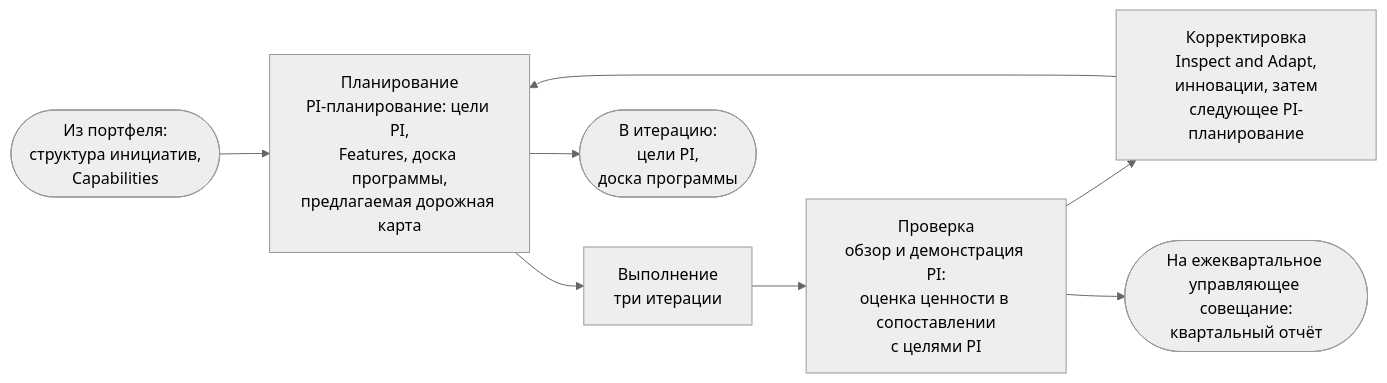
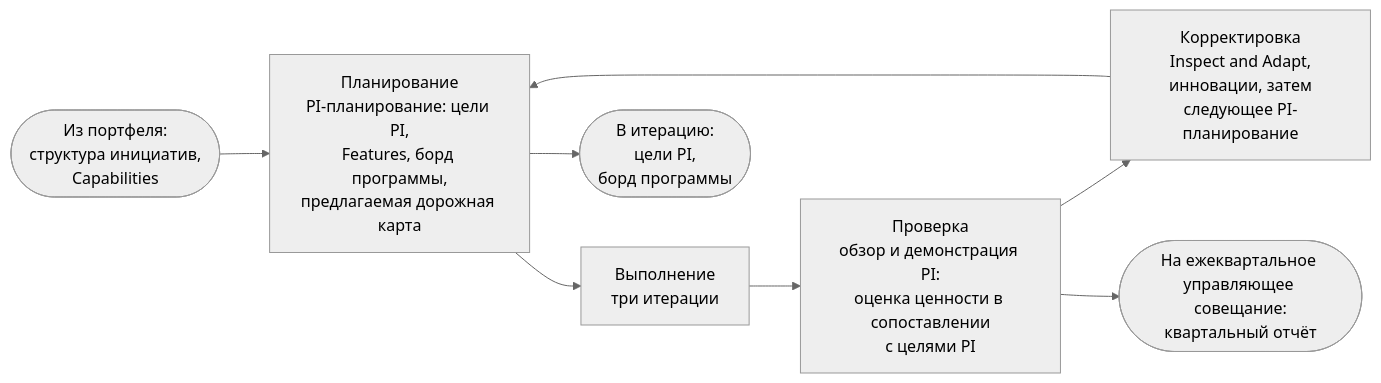
One commit to devhogu/ob-aicc changed the first of 5 diagrams in portal/content/ru/delivery/the-loops-of-delivery.md. Above: the diagram before and after it, drawn with Mermaid (neutral theme). The commit also changed other lines of this file and 193 other files, not shown here.

````diff
--- a/portal/content/ru/delivery/the-loops-of-delivery.md
+++ b/portal/content/ru/delivery/the-loops-of-delivery.md
@@ -15,10 +15,10 @@
 ```mermaid
 flowchart LR
-  IN(["Из портфеля:<br/>структура инициатив,<br/>Capabilities"]) --> P["Планирование<br/>PI-планирование: цели PI,<br/>Features, доска программы,<br/>предлагаемая дорожная карта"]
+  IN(["Из портфеля:<br/>структура инициатив,<br/>Capabilities"]) --> P["Планирование<br/>PI-планирование: цели PI,<br/>Features, борд программы,<br/>предлагаемая дорожная карта"]
   P --> D["Выполнение<br/>три итерации"]
   D --> C["Проверка<br/>обзор и демонстрация PI:<br/>оценка ценности в сопоставлении<br/>с целями PI"]
   C --> A["Корректировка<br/>Inspect and Adapt,<br/>инновации, затем<br/>следующее PI-планирование"]
   A --> P
-  P --> OUT(["В итерацию:<br/>цели PI,<br/>доска программы"])
+  P --> OUT(["В итерацию:<br/>цели PI,<br/>борд программы"])
   C --> UP(["На ежеквартальное управляющее совещание:<br/>квартальный отчёт"])
 ```
````
